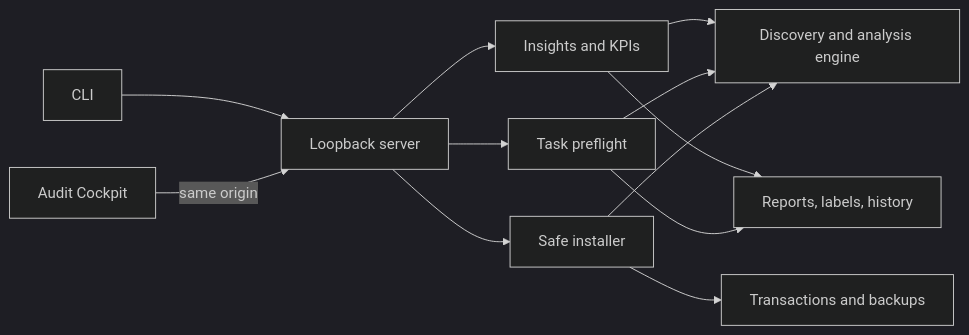
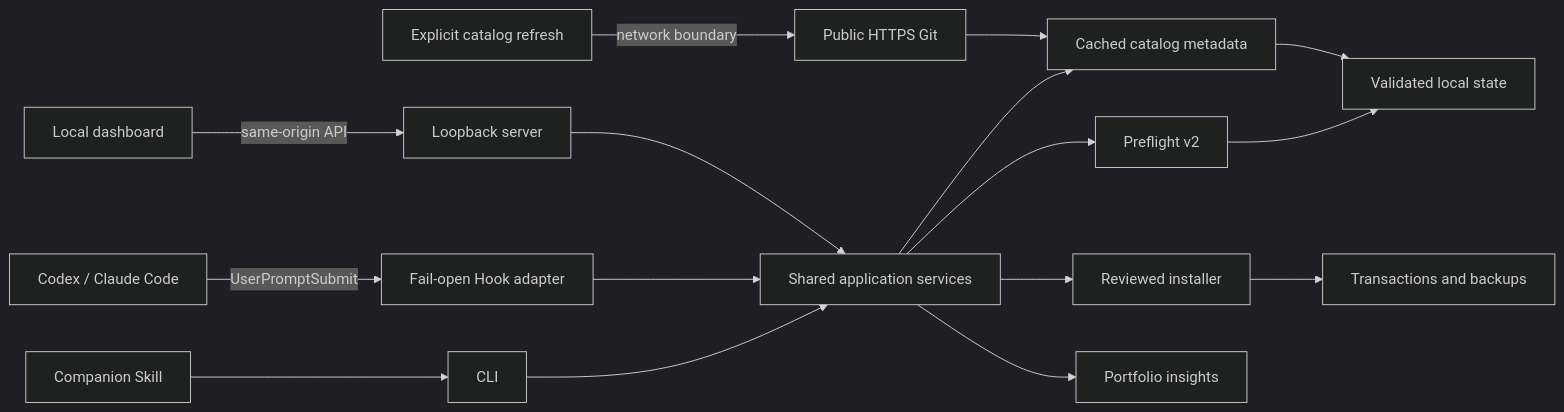
One commit to CongBao/skill-steward changed the diagram in docs/architecture.md. Above: the diagram before and after it, drawn with Mermaid (dark theme). The commit also changed other lines of this file and 21 other files, not shown here.

````diff
--- a/docs/architecture.md
+++ b/docs/architecture.md
@@ -5,14 +5,18 @@
 ```mermaid
 flowchart LR
-  CLI[CLI] --> Server[Loopback server]
-  Browser[Audit Cockpit] -->|same origin| Server
-  Server --> Insights[Insights and KPIs]
-  Server --> Preflight[Task preflight]
-  Server --> Installer[Safe installer]
-  Insights --> Engine[Discovery and analysis engine]
-  Insights --> Store[Reports, labels, history]
-  Preflight --> Engine
-  Preflight --> Store
-  Installer --> Engine
+  Harness[Codex / Claude Code] -->|UserPromptSubmit| Hook[Fail-open Hook adapter]
+  Companion[Companion Skill] --> CLI[CLI]
+  Browser[Local dashboard] -->|same-origin API| Server[Loopback server]
+  CLI --> Services[Shared application services]
+  Hook --> Services
+  Server --> Services
+  Services --> Preflight[Preflight v2]
+  Services --> Catalog[Cached catalog metadata]
+  Services --> Installer[Reviewed installer]
+  Services --> Insights[Portfolio insights]
+  Preflight --> Store[Validated local state]
+  Catalog --> Store
   Installer --> Journal[Transactions and backups]
+  Refresh[Explicit catalog refresh] -->|network boundary| PublicGit[Public HTTPS Git]
+  PublicGit --> Catalog
 ```
````
